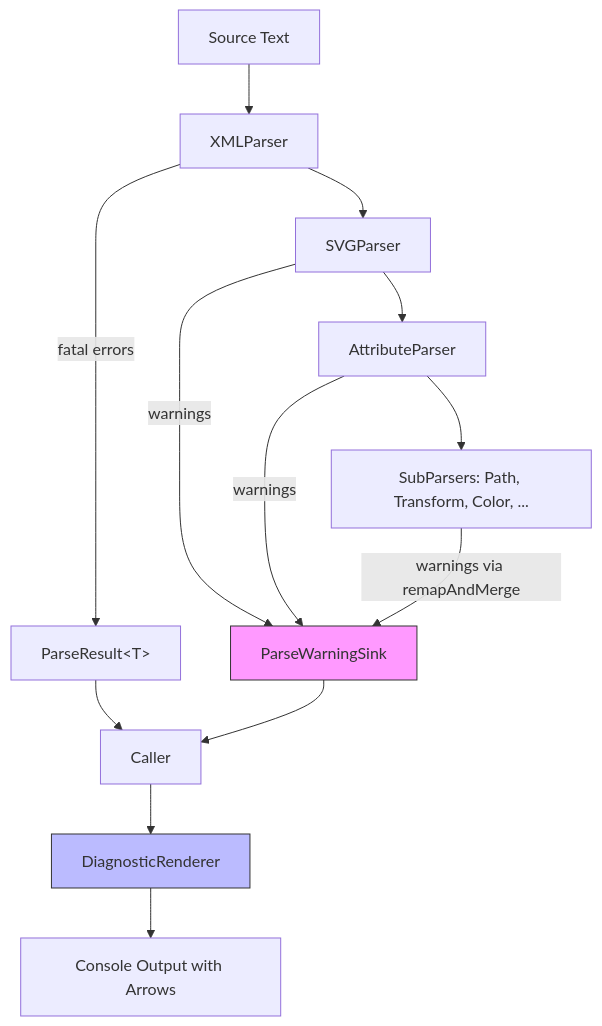
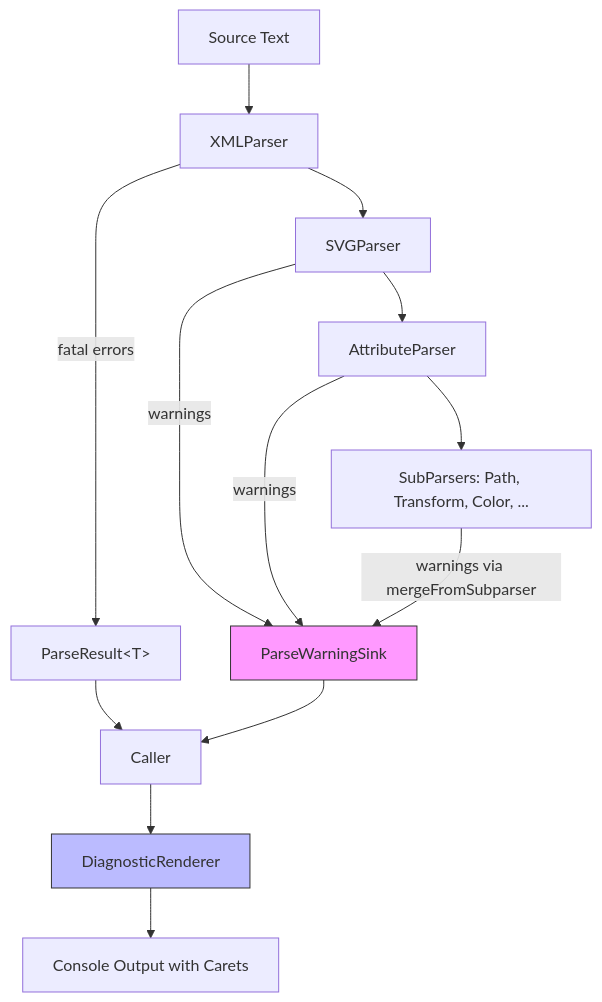
The diagram in docs/design_docs/parser_diagnostics_v2.md (jwmcglynn/donner), drawn with Mermaid before and after one commit. The commit also changed other lines of this file, not shown here.

````diff
--- a/docs/design_docs/parser_diagnostics_v2.md
+++ b/docs/design_docs/parser_diagnostics_v2.md
@@ -104,20 +19,20 @@
 ```mermaid
 flowchart TD
     A[Source Text] --> B[XMLParser]
     B --> C[SVGParser]
     C --> D[AttributeParser]
     D --> E["SubParsers: Path, Transform, Color, ..."]
 
     B -->|fatal errors| F["ParseResult&lt;T&gt;"]
     C -->|warnings| G[ParseWarningSink]
     D -->|warnings| G
-    E -->|warnings via remapAndMerge| G
+    E -->|warnings via mergeFromSubparser| G
 
     F --> H[Caller]
     G --> H
     H --> I[DiagnosticRenderer]
-    I --> J[Console Output with Arrows]
+    I --> J[Console Output with Carets]
 
     style G fill:#f9f,stroke:#333
     style I fill:#bbf,stroke:#333
 ```
````
